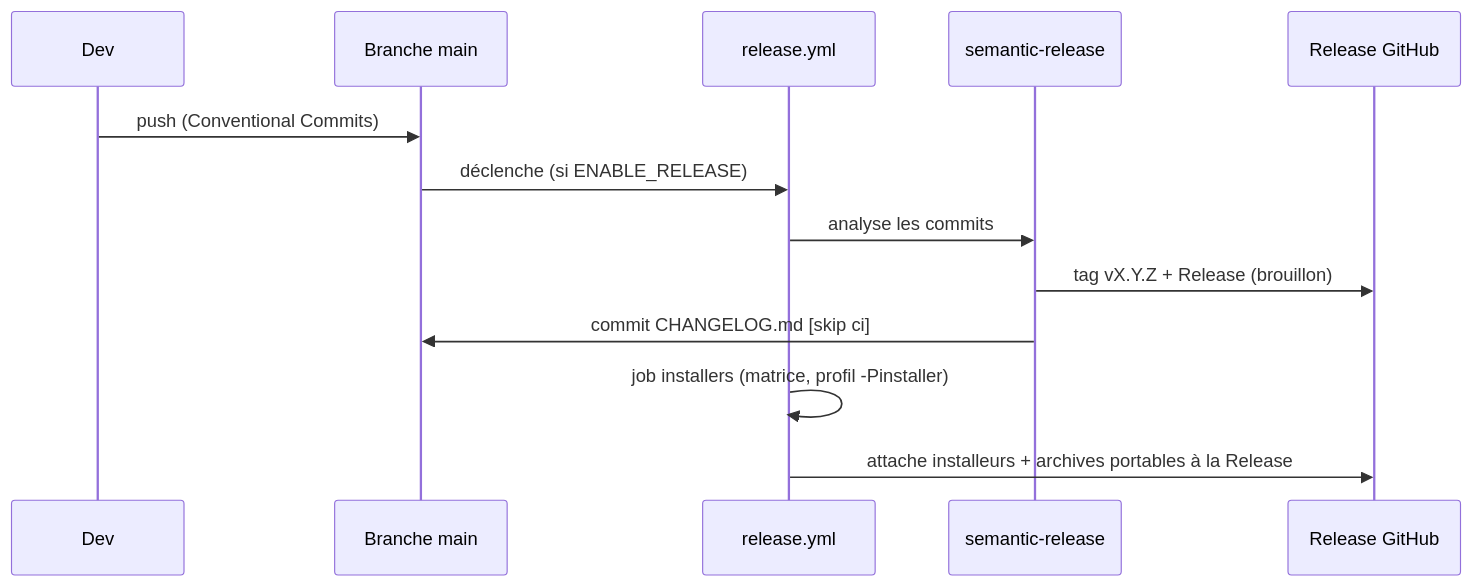
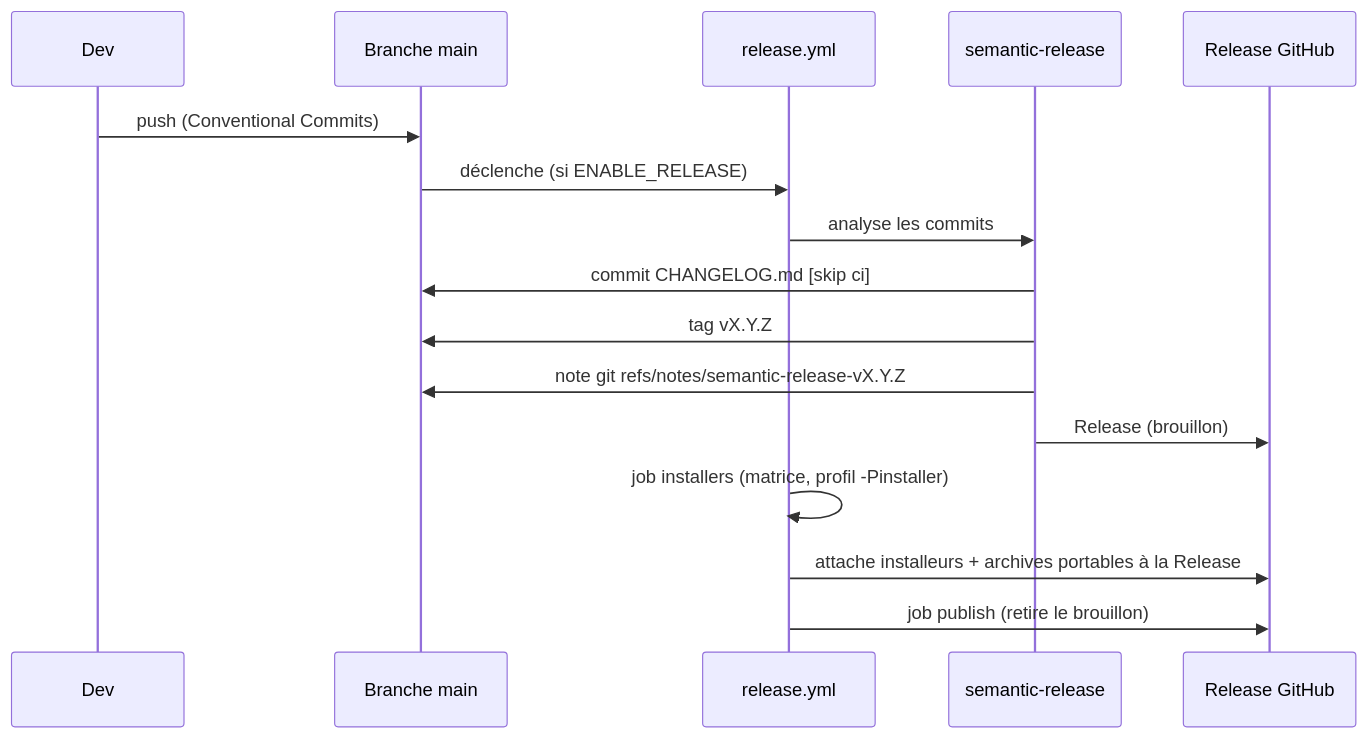
The diagram in dev-docs/ci-cd-release.md (echonuit/vigiechiro-pr-companion), drawn with Mermaid before and after one commit. The commit also changed other lines of this file, not shown here.

````diff
--- a/dev-docs/ci-cd-release.md
+++ b/dev-docs/ci-cd-release.md
@@ -249,15 +249,18 @@
 ```mermaid
 sequenceDiagram
     participant Dev
     participant Main as Branche main
     participant Rel as release.yml
     participant SR as semantic-release
     participant GH as Release GitHub
     Dev->>Main: push (Conventional Commits)
     Main->>Rel: déclenche (si ENABLE_RELEASE)
     Rel->>SR: analyse les commits
-    SR->>GH: tag vX.Y.Z + Release (brouillon)
     SR->>Main: commit CHANGELOG.md [skip ci]
+    SR->>Main: tag vX.Y.Z
+    SR->>Main: note git refs/notes/semantic-release-vX.Y.Z
+    SR->>GH: Release (brouillon)
     Rel->>Rel: job installers (matrice, profil -Pinstaller)
     Rel->>GH: attache installeurs + archives portables à la Release
+    Rel->>GH: job publish (retire le brouillon)
 ```
````
